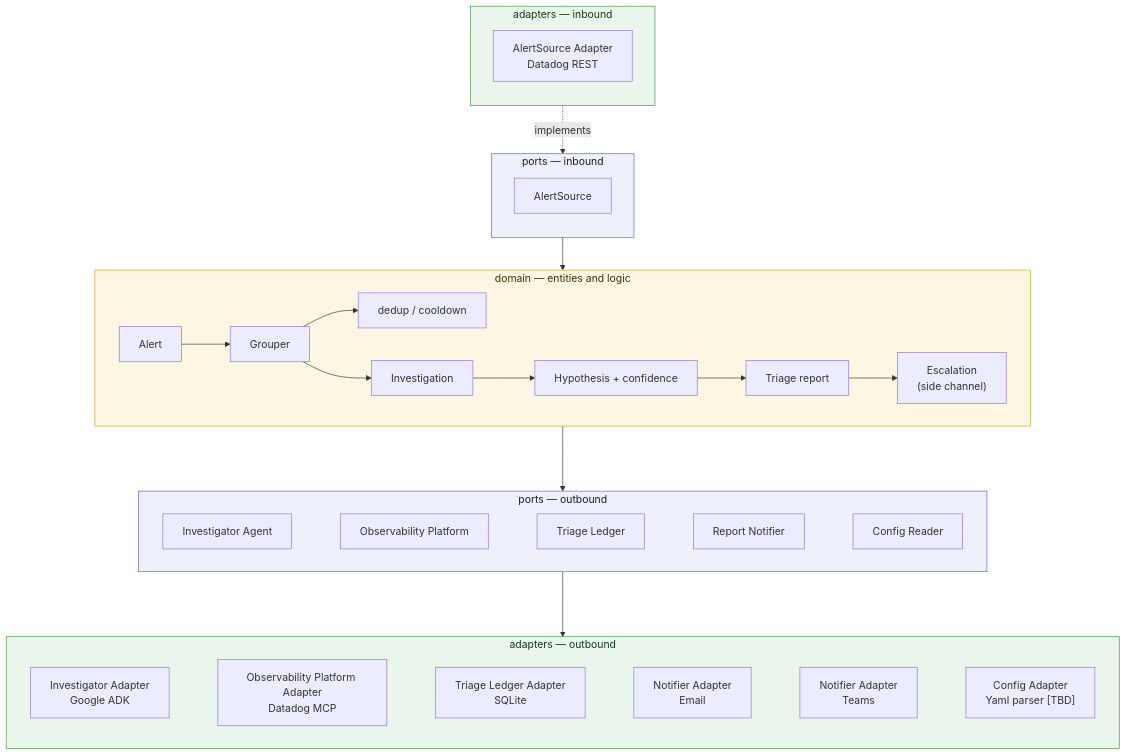
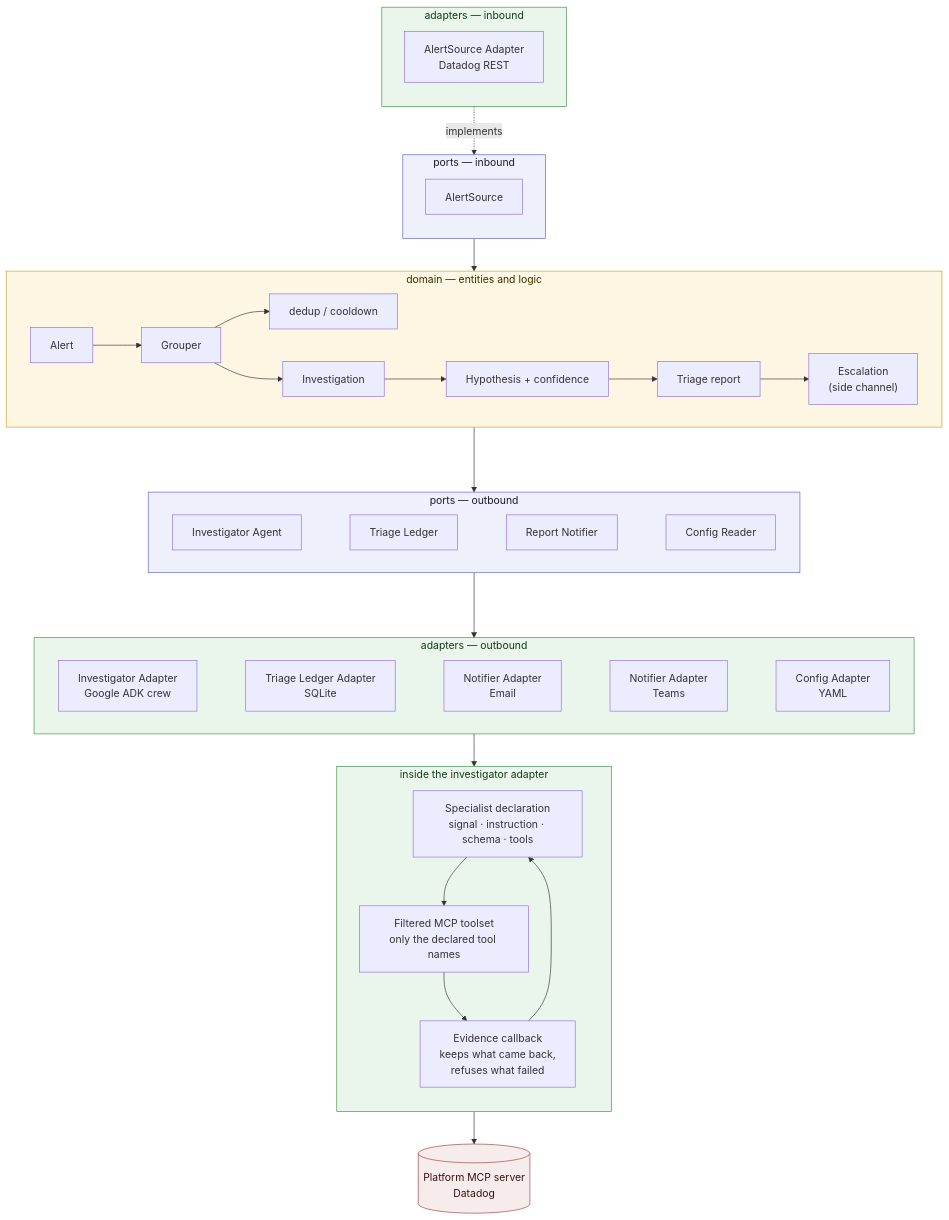
The diagram in README.md (EduardoFLima/alert-triage), drawn with Mermaid before and after one commit. The commit also changed other lines of this file and 3 other files, not shown here.

````diff
--- a/README.md
+++ b/README.md
@@ -157,43 +164,57 @@
 ```mermaid
 flowchart TB
     subgraph InboundAdapters["adapters — inbound"]
         direction TB
         DatadogREST["AlertSource Adapter<br/>Datadog REST"]
     end
     subgraph InboundPorts["ports — inbound"]
         direction TB
         AlertSource["AlertSource"]
     end
     subgraph Domain["domain — entities and logic"]
         direction LR
         Alert["Alert"] --> Grouper["Grouper"]
         Grouper --> Ledger["dedup / cooldown"]
         Grouper --> Investigation["Investigation"]
         Investigation --> Diagnosis["Hypothesis + confidence"]
         Diagnosis --> Report["Triage report"]
         Report --> Escalation["Escalation<br/>(side channel)"]
     end
 
     subgraph OutboundPorts["ports — outbound"]
         direction LR
-        Investigator["Investigator Agent"] ~~~ ObservabilityPlatform["Observability Platform"] ~~~ TriageLedger["Triage Ledger"] ~~~ Notifier["Report Notifier"] ~~~ Config["Config Reader"]
+        Investigator["Investigator Agent"] ~~~ TriageLedger["Triage Ledger"] ~~~ Notifier["Report Notifier"] ~~~ Config["Config Reader"]
     end
 
     subgraph OutboundAdapters["adapters — outbound"]
         direction LR
-        ADK["Investigator Adapter<br/>Google ADK"] ~~~ ObservabilityPlatformAdapter["Observability Platform Adapter<br/>Datadog MCP"] ~~~ TriageLedgerAdapter["Triage Ledger Adapter<br/>SQLite"] ~~~ NotifierEmailAdapter["Notifier Adapter<br/>Email"] ~~~ NotifierTeamsAdapter["Notifier Adapter<br/>Teams"] ~~~ ConfigAdapter["Config Adapter<br/>Yaml parser [TBD]"]
+        ADK["Investigator Adapter<br/>Google ADK crew"] ~~~ TriageLedgerAdapter["Triage Ledger Adapter<br/>SQLite"] ~~~ NotifierEmailAdapter["Notifier Adapter<br/>Email"] ~~~ NotifierTeamsAdapter["Notifier Adapter<br/>Teams"] ~~~ ConfigAdapter["Config Adapter<br/>YAML"]
+    end
+
+    subgraph Investigating["inside the investigator adapter"]
+        direction TB
+        Declaration["Specialist declaration<br/>signal · instruction · schema · tools"]
+        Toolset["Filtered MCP toolset<br/>only the declared tool names"]
+        Evidence["Evidence callback<br/>keeps what came back,<br/>refuses what failed"]
+        Declaration --> Toolset
+        Toolset --> Evidence
+        Evidence --> Declaration
     end
 
     DatadogREST -. implements .-> AlertSource
     AlertSource --> Domain
     Domain ---> OutboundPorts
     OutboundPorts ---> OutboundAdapters
+    ADK --> Declaration
+    Toolset --> PlatformMCP[("Platform MCP server<br/>Datadog")]
 
     classDef domainClass fill:#fdf6e3,stroke:#c9a227,color:#3a2f00
     classDef portsClass fill:#eef0fb,stroke:#5b63d3,color:#1a1a2e
     classDef adaptersClass fill:#eaf6ec,stroke:#3f9142,color:#123a17
+    classDef platformClass fill:#f6ecec,stroke:#a23f3f,color:#3a1212
 
     class Domain domainClass
     class InboundPorts,OutboundPorts portsClass
-    class InboundAdapters,OutboundAdapters adaptersClass
+    class InboundAdapters,OutboundAdapters,Investigating adaptersClass
+    class PlatformMCP platformClass
 ```
````
